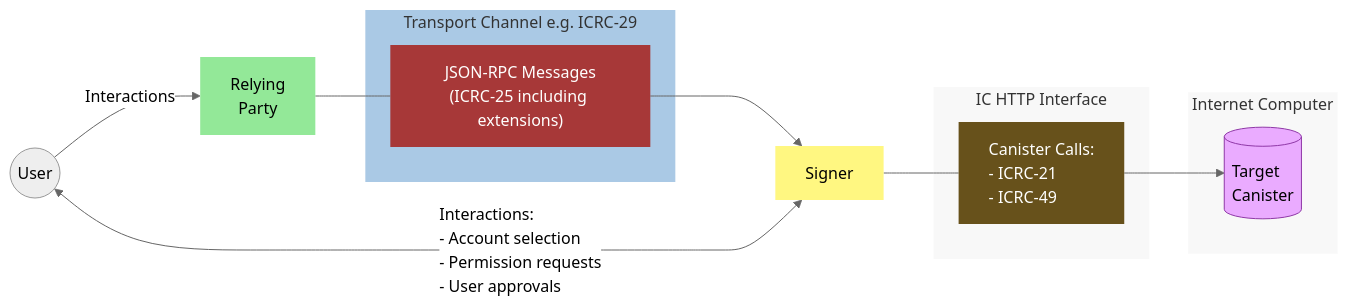
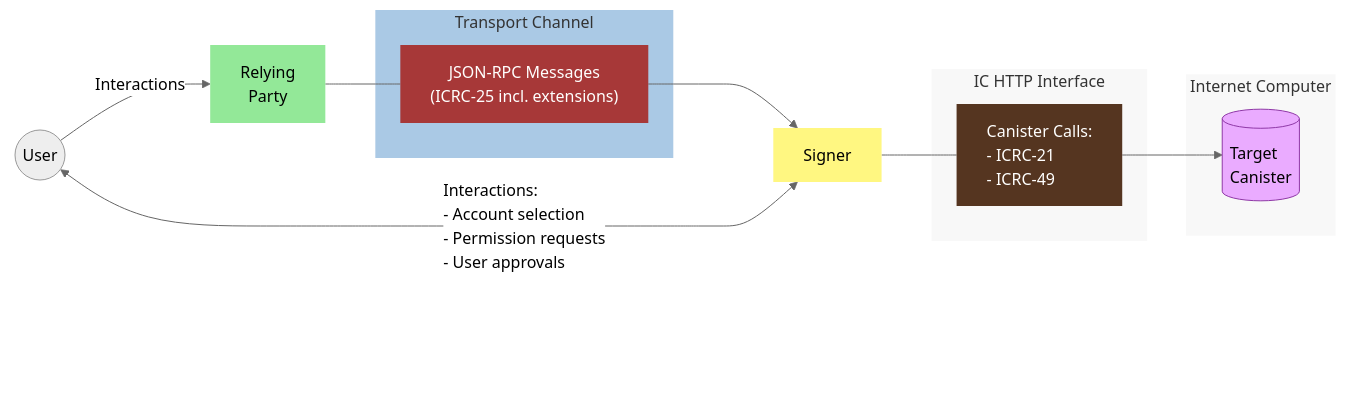
The diagram in topics/signer_standards_overview.md (dfinity/wg-identity-authentication), drawn with Mermaid (neutral theme) before and after one commit.

Commit message:
Add padding to graph

````diff
--- a/topics/signer_standards_overview.md
+++ b/topics/signer_standards_overview.md
@@ -9,36 +9,40 @@
 ```mermaid
 graph LR
     RP[Relying<br>Party]
     User((User))
     Signer[Signer]
     Canister[(Target<br>Canister)]
-    Messages["JSON-RPC Messages<br>(ICRC-25 including extensions)"]
+    Messages["JSON-RPC Messages<br>(ICRC-25 incl. extensions)"]
     Calls[Canister Calls:<br>- ICRC-21<br>- ICRC-49]
 
-    subgraph Transport[Transport Channel e.g. ICRC-29]
+    subgraph Transport[Transport Channel]
         Messages
     end
 
     subgraph HTTP[IC HTTP Interface]
         Calls
     end
 
     subgraph IC[Internet Computer]
         Canister
     end
 
     RP --- Messages ---> Signer
     Signer --- Calls --> Canister
-    User <-- " Interactions:<br>- Account selection<br>- Permission requests<br>- User approvals " --> Signer
+    User <-- Interactions:<br>- Account selection<br>- Permission requests<br>- User approvals --> Signer
     User -- Interactions --> RP
+    
+    %% Padding so that GitHub controls don't overlap graph
+    BottomPadding["<br><br><br><br><br><br>"]
     
     style RP fill:#93e898,stroke:transparent,color:#000001
     style Transport fill:#025eb155,stroke:transparent
     style Messages fill:#a73838,stroke:transparent,color:#fffffe
     style Signer fill:#fff781,stroke:transparent,color:#000001
     style HTTP fill:#cccccc22,stroke:transparent
     style IC fill:#cccccc22,stroke:transparent
-    style Calls fill:#67511b,text-align:left,stroke:transparent,color:#fffffe
+    style Calls fill:#553520,text-align:left,stroke:transparent,color:#fffffe
     style Canister fill:#eaabff,text-align:left,stroke:#8f38a7,color:#000001
+    style BottomPadding fill:transparent,stroke:transparent
     linkStyle 4 text-align:left
 ```
````
